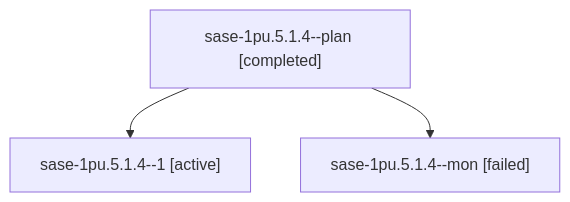
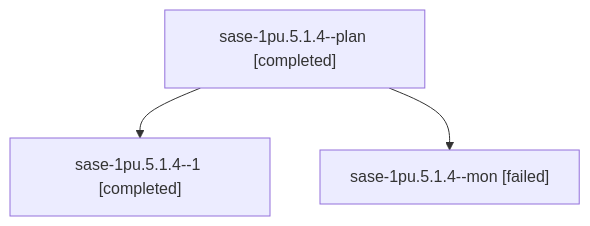
One commit to sase-org/sase--agents changed the diagram in sessions/bbugyi200.athena.sase-1pu.5.1.4.md. Above: the diagram before and after it, drawn with Mermaid. The commit also changed other lines of this file and 74 other files, not shown here.

````diff
--- a/sessions/bbugyi200.athena.sase-1pu.5.1.4.md
+++ b/sessions/bbugyi200.athena.sase-1pu.5.1.4.md
@@ -9,8 +9,8 @@
 ```mermaid
 flowchart TD
   n0["sase-1pu.5.1.4--plan [completed]"]
-  n1["sase-1pu.5.1.4--1 [active]"]
+  n1["sase-1pu.5.1.4--1 [completed]"]
   n0 --> n1
   n2["sase-1pu.5.1.4--mon [failed]"]
   n0 --> n2
 ```
````
